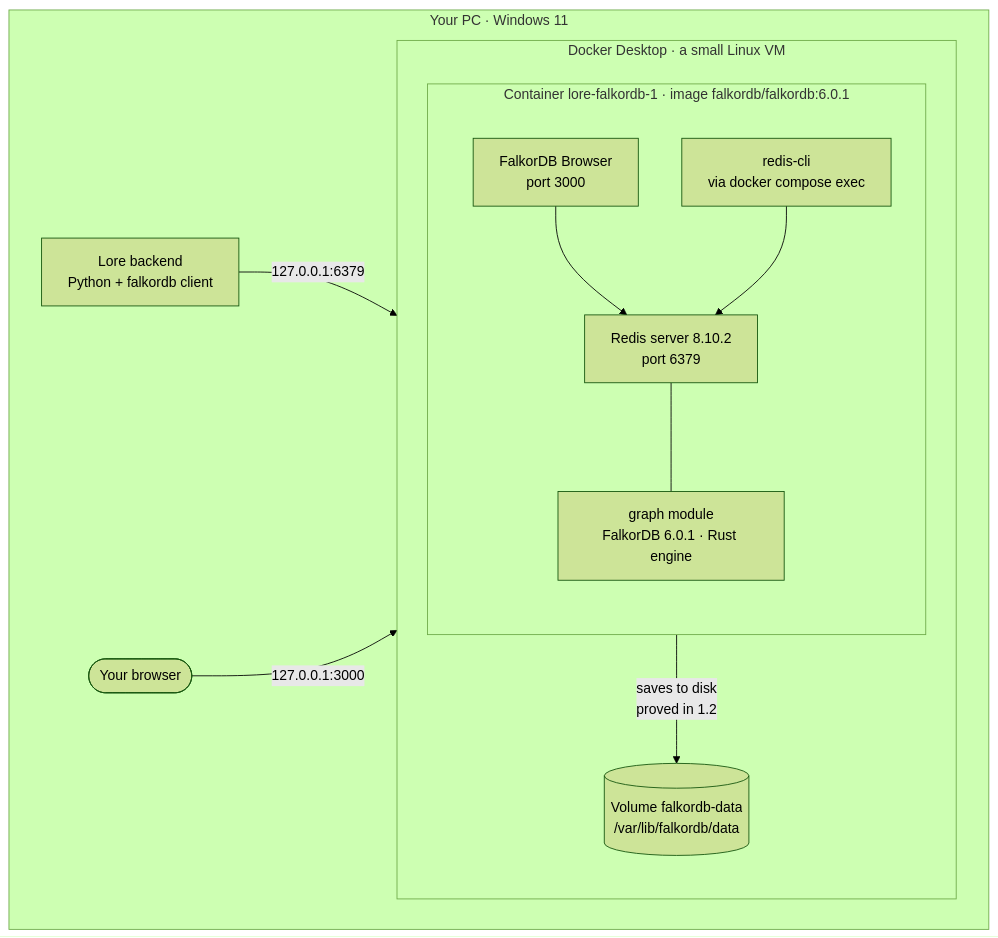
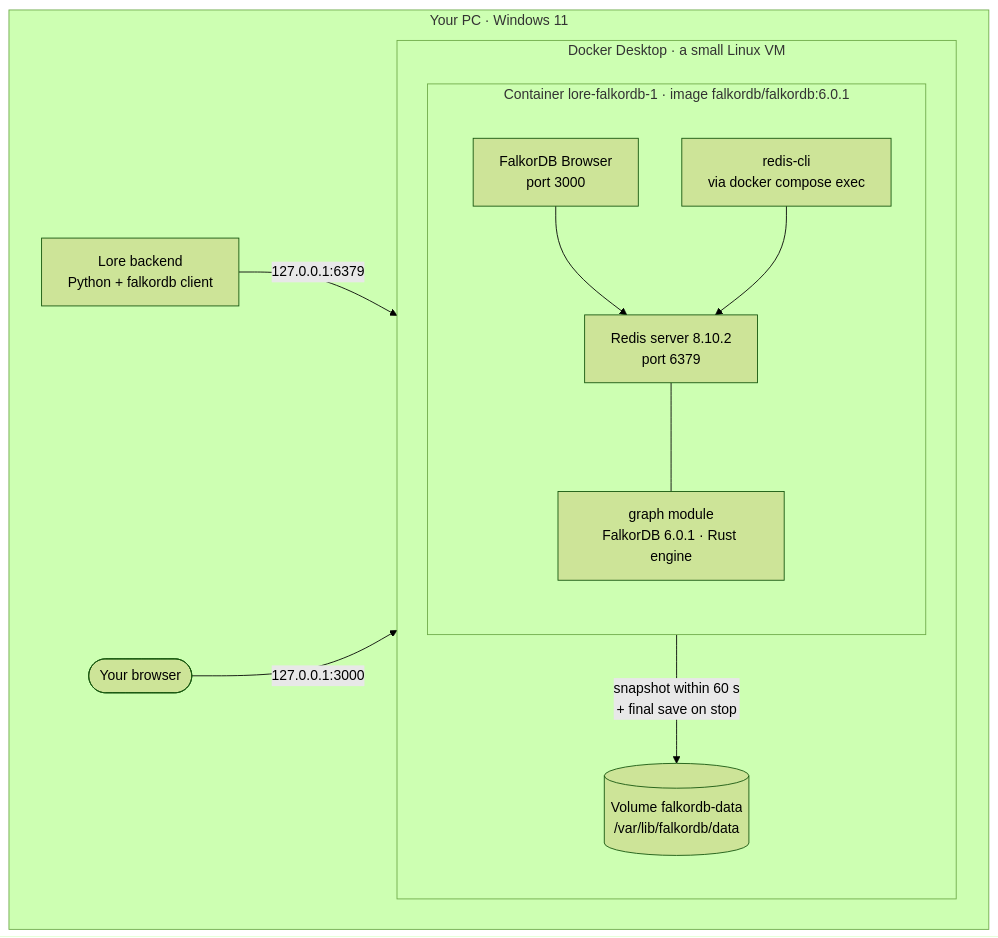
The diagram in docs/diagrams/falkordb-local-stack.mmd (t-maypat/yaan), drawn with Mermaid (forest theme) before and after one commit. The commit also changed 6 other files, not shown here.

```diff
--- a/docs/diagrams/falkordb-local-stack.mmd
+++ b/docs/diagrams/falkordb-local-stack.mmd
@@ -1,24 +1,24 @@
 %% What runs where when FalkorDB is up locally (Phase 1).
 flowchart LR
   subgraph PC["Your PC · Windows 11"]
     direction LR
     APP["Lore backend<br/>Python + falkordb client"]:::code
     WEB(["Your browser"]):::human
     subgraph DOCKER["Docker Desktop · a small Linux VM"]
       direction TB
       subgraph CT["Container lore-falkordb-1 · image falkordb/falkordb:6.0.1"]
         direction TB
         RS["Redis server 8.10.2<br/>port 6379"]:::code
         GM["graph module<br/>FalkorDB 6.0.1 · Rust engine"]:::code
         BR["FalkorDB Browser<br/>port 3000"]:::ext
         CLI["redis-cli<br/>via docker compose exec"]:::file
       end
       VOL[("Volume falkordb-data<br/>/var/lib/falkordb/data")]:::store
     end
   end
   APP -- "127.0.0.1:6379" --> RS
   WEB -- "127.0.0.1:3000" --> BR
   BR --> RS
   CLI --> RS
   RS --- GM
-  RS -- "saves to disk<br/>proved in 1.2" --> VOL
+  RS -- "snapshot within 60 s<br/>+ final save on stop" --> VOL
```
